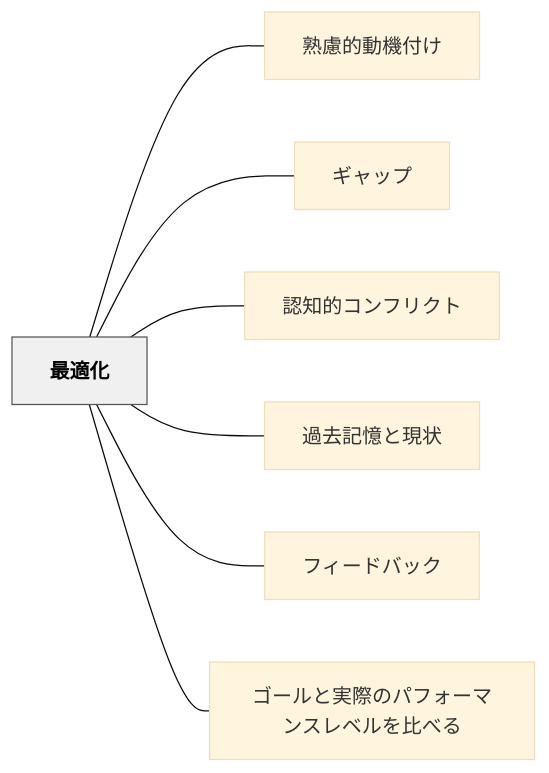
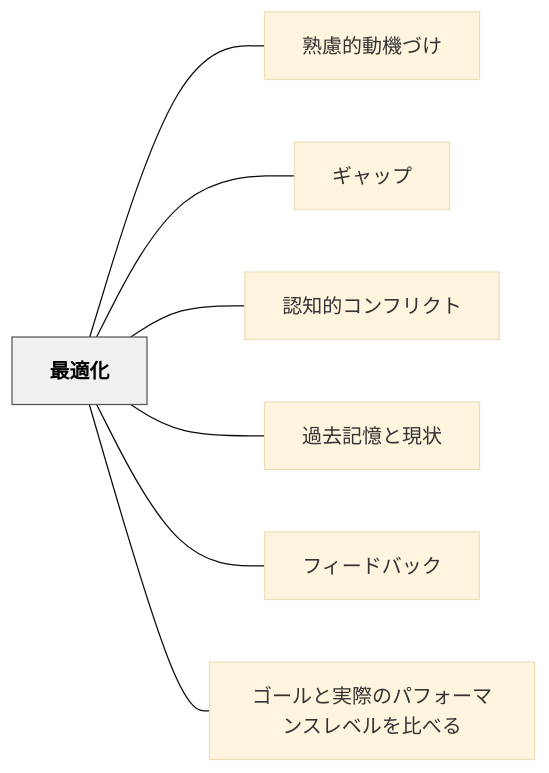
One commit to unknownthings-ed-patterns/unknownthings-ed-patterns changed the diagram in content/パタン/最適化.md. Above: the diagram before and after it, drawn with Mermaid (base theme). The commit also changed other lines of this file and 234 other files, not shown here.

````diff
--- a/content/パタン/最適化.md
+++ b/content/パタン/最適化.md
@@ -37,20 +37,20 @@
 ```mermaid
 flowchart LR
     ne69c80e981a9e58c96["最適化"]
-    ne7869fe685aee79a84e58b95e6a99fe4bb98e38191["熟慮的動機付け"]
+    ne7869fe685aee79a84e58b95e6a99fe381a5e38191["熟慮的動機づけ"]
     ne382aee383a3e38383e38397["ギャップ"]
     ne8aa8de79fa5e79a84e382b3e383b3e38395e383aae382afe38388["認知的コンフリクト"]
     ne9818ee58ebbe8a898e686b6e381a8e78fbee78ab6["過去記憶と現状"]
     ne38395e382a3e383bce38389e38390e38383e382af["フィードバック"]
     ne382b4e383bce383abe381a8e5ae9fe99a9be381aee38391e38395e382a9e383bce3839ee383b3e382b9e383ace38399e383abe38292e6af94e381b9e3828b["ゴールと実際のパフォーマンスレベルを比べる"]
 
-    ne69c80e981a9e58c96 --- ne7869fe685aee79a84e58b95e6a99fe4bb98e38191
+    ne69c80e981a9e58c96 --- ne7869fe685aee79a84e58b95e6a99fe381a5e38191
     ne69c80e981a9e58c96 --- ne382aee383a3e38383e38397
     ne69c80e981a9e58c96 --- ne8aa8de79fa5e79a84e382b3e383b3e38395e383aae382afe38388
     ne69c80e981a9e58c96 --- ne9818ee58ebbe8a898e686b6e381a8e78fbee78ab6
     ne69c80e981a9e58c96 --- ne38395e382a3e383bce38389e38390e38383e382af
     ne69c80e981a9e58c96 --- ne382b4e383bce383abe381a8e5ae9fe99a9be381aee38391e38395e382a9e383bce3839ee383b3e382b9e383ace38399e383abe38292e6af94e381b9e3828b
 
     classDef hub fill:#f0f0f0,stroke:#555,color:#000,font-weight:bold
     class ne69c80e981a9e58c96 hub
 ```
````
